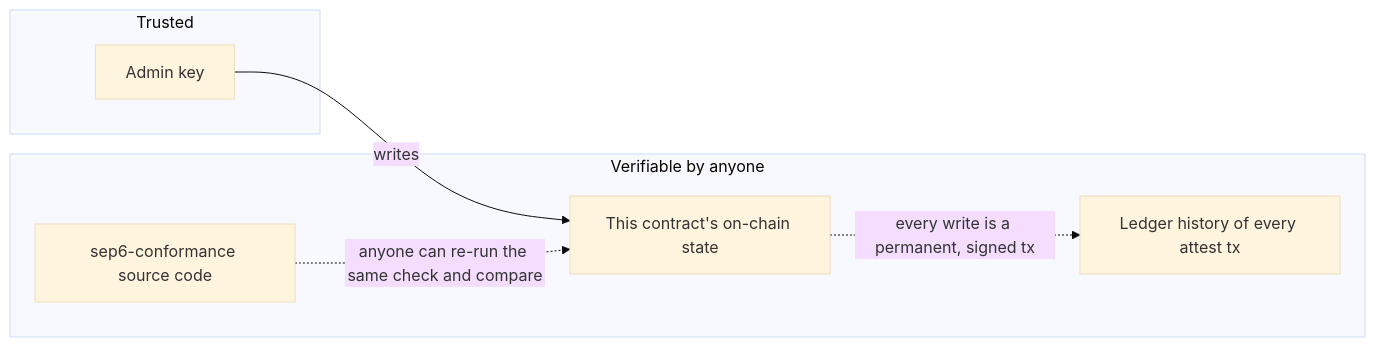
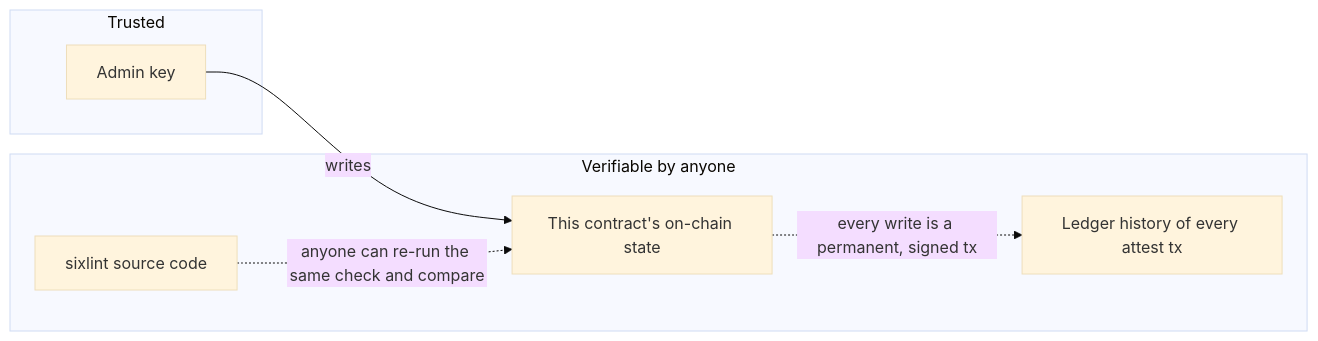
Before and after one commit to SixLint/sixlint-registry: the second of 3 diagrams in README.md, drawn with Mermaid (base theme). The commit also changed other lines of this file and 1 other file, not shown here.

First line of the commit message:
Rename project from sep6-attestation-registry to sixlint-registry

````diff
--- a/README.md
+++ b/README.md
@@ -105,14 +105,14 @@
 ```mermaid
 flowchart LR
     subgraph Trusted
         A[Admin key]
     end
     subgraph Verifiable by anyone
-        B[sep6-conformance source code]
+        B[sixlint source code]
         C[This contract's on-chain state]
         D[Ledger history of every attest tx]
     end
     A -->|writes| C
     B -.->|anyone can re-run the same check and compare| C
     C -.->|every write is a permanent, signed tx| D
 ```
````
